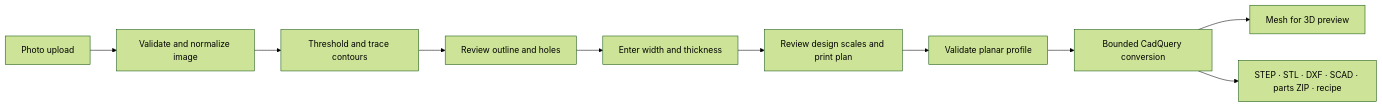
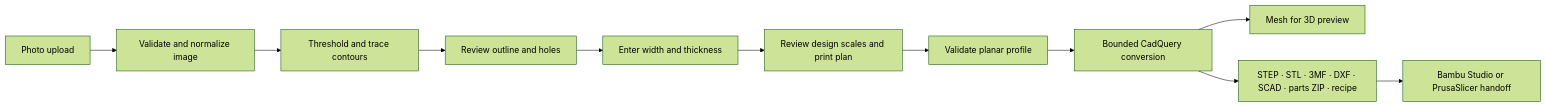
One commit to bartytime4life/Pictures-to-3D-CAD-Models changed the diagram in docs/architecture.md. Above: the diagram before and after it, drawn with Mermaid (forest theme). The commit also changed other lines of this file and 24 other files, not shown here.

Commit message:
Integrate Bambu Studio and PrusaSlicer handoffs

````diff
--- a/docs/architecture.md
+++ b/docs/architecture.md
@@ -5,12 +5,13 @@
 ```mermaid
 flowchart LR
     A[Photo upload] --> B[Validate and normalize image]
     B --> C[Threshold and trace contours]
     C --> D[Review outline and holes]
     D --> E[Enter width and thickness]
     E --> J[Review design scales and print plan]
     J --> F[Validate planar profile]
     F --> G[Bounded CadQuery conversion]
     G --> H[Mesh for 3D preview]
-    G --> I[STEP · STL · DXF · SCAD · parts ZIP · recipe]
+    G --> I[STEP · STL · 3MF · DXF · SCAD · parts ZIP · recipe]
+    I --> K[Bambu Studio or PrusaSlicer handoff]
 ```
````
